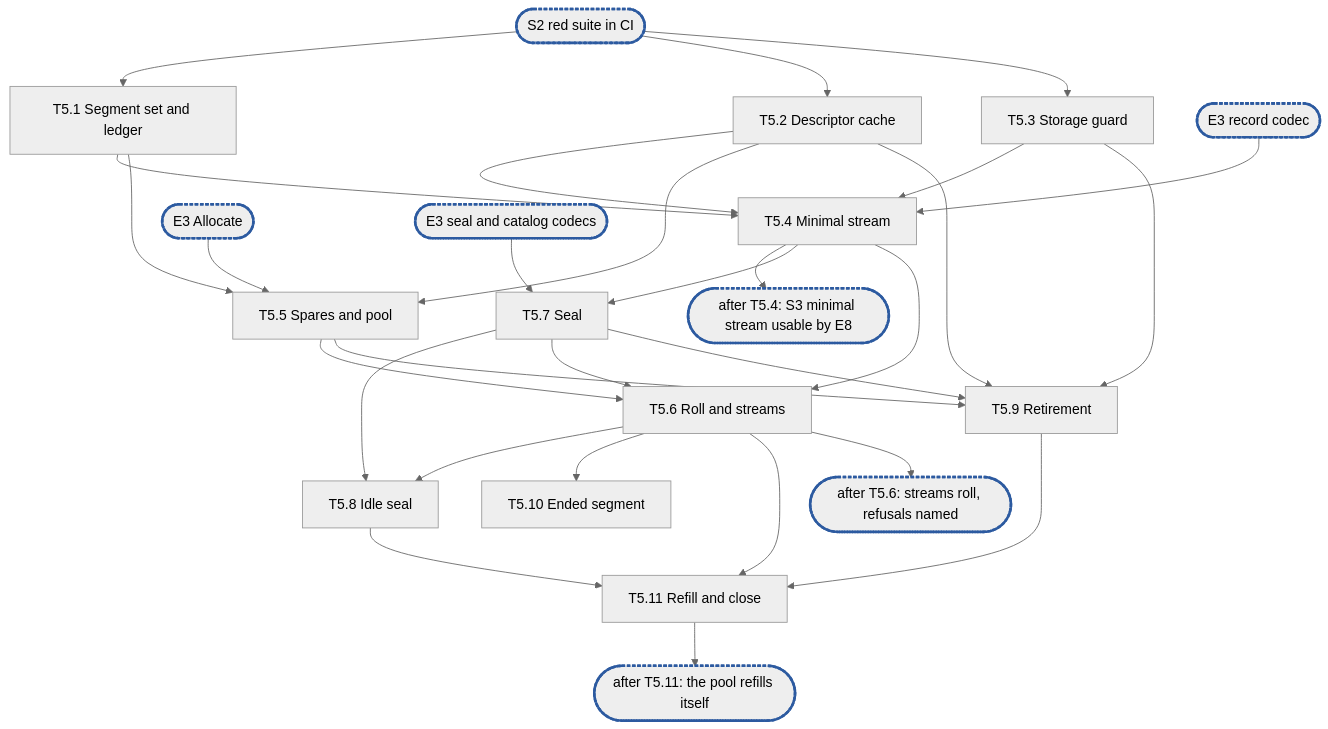
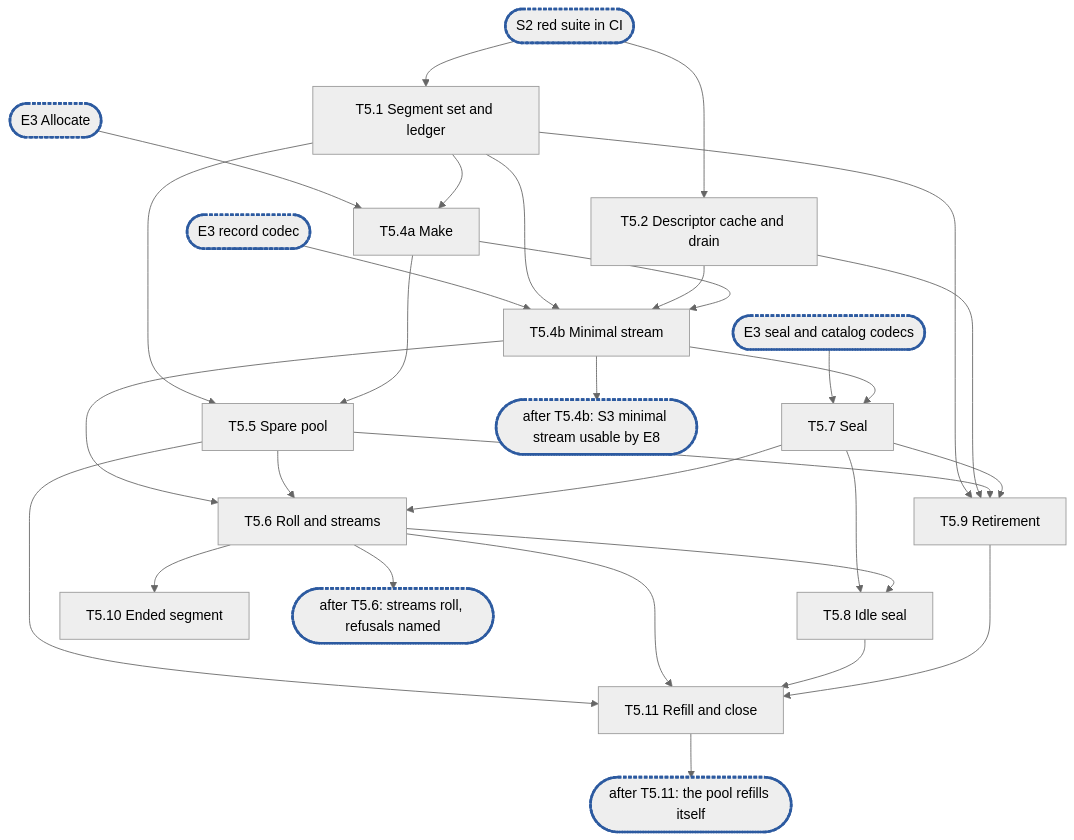
One commit to marmos91/dittofs changed the diagram in docs/internals/planning/rfc-1-journal-epic5.md. Above: the diagram before and after it, drawn with Mermaid (neutral theme). The commit also changed other lines of this file, not shown here.

Commit message:
docs(planning): withdraw the storage guard and split Make out of the epic 5 stream

````diff
--- a/docs/internals/planning/rfc-1-journal-epic5.md
+++ b/docs/internals/planning/rfc-1-journal-epic5.md
@@ -805,32 +802,33 @@
 ```mermaid
 flowchart TD
   S2(["S2 red suite in CI"]):::sync --> T1["T5.1 Segment set and ledger"]
-  S2 --> T2["T5.2 Descriptor cache"]
-  S2 --> T3["T5.3 Storage guard"]
-  E3r(["E3 record codec"]):::sync --> T4
-  E3a(["E3 Allocate"]):::sync --> T5
+  S2 --> T2["T5.2 Descriptor cache and drain"]
+  E3a(["E3 Allocate"]):::sync --> T4a
+  E3r(["E3 record codec"]):::sync --> T4b
   E3s(["E3 seal and catalog codecs"]):::sync --> T7
-  T1 --> T4["T5.4 Minimal stream"]
-  T2 --> T4
-  T3 --> T4
-  T1 --> T5["T5.5 Spares and pool"]
-  T2 --> T5
-  T4 --> C1(["after T5.4: S3 minimal stream usable by E8"]):::sync
-  T4 --> T7["T5.7 Seal"]
+  T1 --> T4a["T5.4a Make"]
+  T1 --> T4b["T5.4b Minimal stream"]
+  T2 --> T4b
+  T4a --> T4b
+  T1 --> T5["T5.5 Spare pool"]
+  T4a --> T5
+  T4b --> C1(["after T5.4b: S3 minimal stream usable by E8"]):::sync
+  T4b --> T7["T5.7 Seal"]
   T7 --> T8["T5.8 Idle seal"]
   T6 --> T8
-  T4 --> T6["T5.6 Roll and streams"]
+  T4b --> T6["T5.6 Roll and streams"]
   T5 --> T6
   T7 --> T6
   T6 --> T10["T5.10 Ended segment"]
-  T3 --> T9["T5.9 Retirement"]
+  T1 --> T9["T5.9 Retirement"]
   T2 --> T9
   T5 --> T9
   T7 --> T9
+  T5 --> T11
   T6 --> T11["T5.11 Refill and close"]
   T8 --> T11
   T9 --> T11
   T6 --> C2(["after T5.6: streams roll, refusals named"]):::sync
   T11 --> C3(["after T5.11: the pool refills itself"]):::sync
   classDef sync stroke:#2c5aa0,stroke-width:3px,stroke-dasharray:4 2
 ```
````
